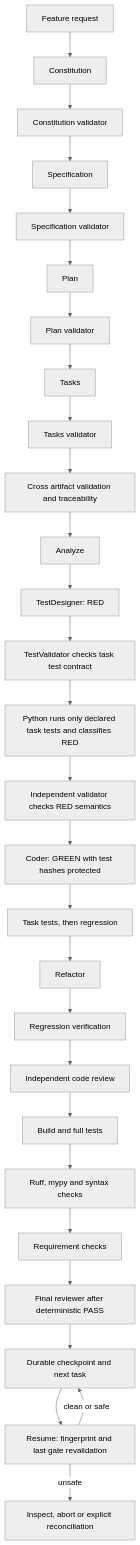
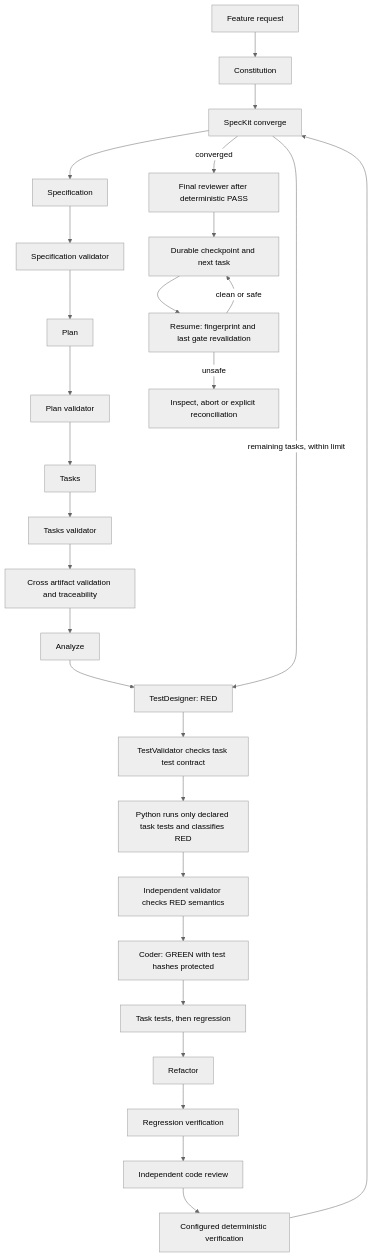
The diagram in README.md (AllissonChervenski/agents_emg), drawn with Mermaid (neutral theme) before and after one commit. The commit also changed other lines of this file and 127 other files, not shown here.

````diff
--- a/README.md
+++ b/README.md
@@ -7,30 +7,30 @@
 ```mermaid
 flowchart TD
   F[Feature request] --> C[Constitution]
   C --> CV[Constitution validator]
   CV --> S[Specification]
   S --> SV[Specification validator]
   SV --> P[Plan]
   P --> PV[Plan validator]
   PV --> T[Tasks]
   T --> TV[Tasks validator]
   TV --> X[Cross artifact validation and traceability]
   X --> A[Analyze]
   A --> D[TestDesigner: RED]
   D --> V[TestValidator checks task test contract]
   V --> R[Python runs only declared task tests and classifies RED]
   R --> RS[Independent validator checks RED semantics]
   RS --> G[Coder: GREEN with test hashes protected]
   G --> GV[Task tests, then regression]
   GV --> RF[Refactor]
   RF --> RV[Regression verification]
   RV --> CR[Independent code review]
-  CR --> B[Build and full tests]
-  B --> LS[Ruff, mypy and syntax checks]
-  LS --> Q[Requirement checks]
-  Q --> H[Final reviewer after deterministic PASS]
+  CR --> B[Configured deterministic verification]
+  B --> CV[SpecKit converge]
+  CV -->|remaining tasks, within limit| D
+  CV -->|converged| H[Final reviewer after deterministic PASS]
   H --> CP[Durable checkpoint and next task]
   CP --> RES[Resume: fingerprint and last gate revalidation]
   RES -->|clean or safe| CP
   RES -->|unsafe| STOP[Inspect, abort or explicit reconciliation]
 ```
````
